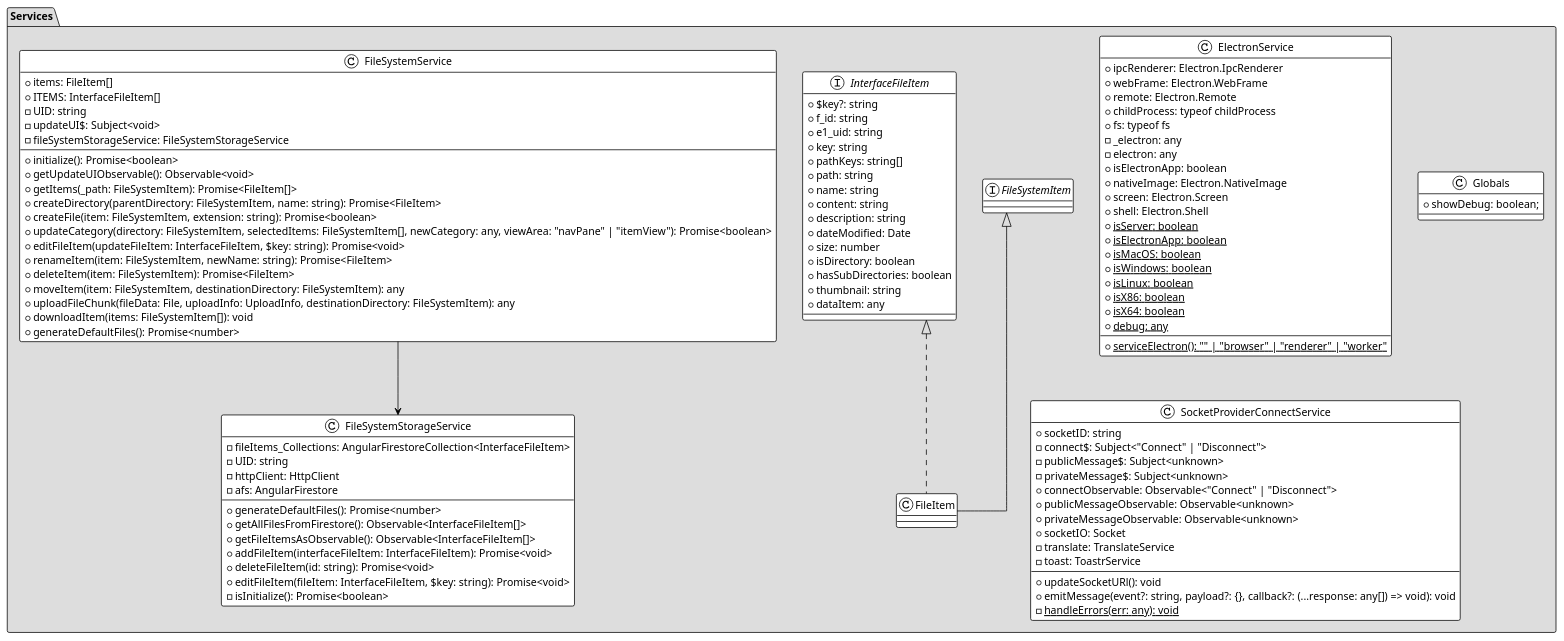
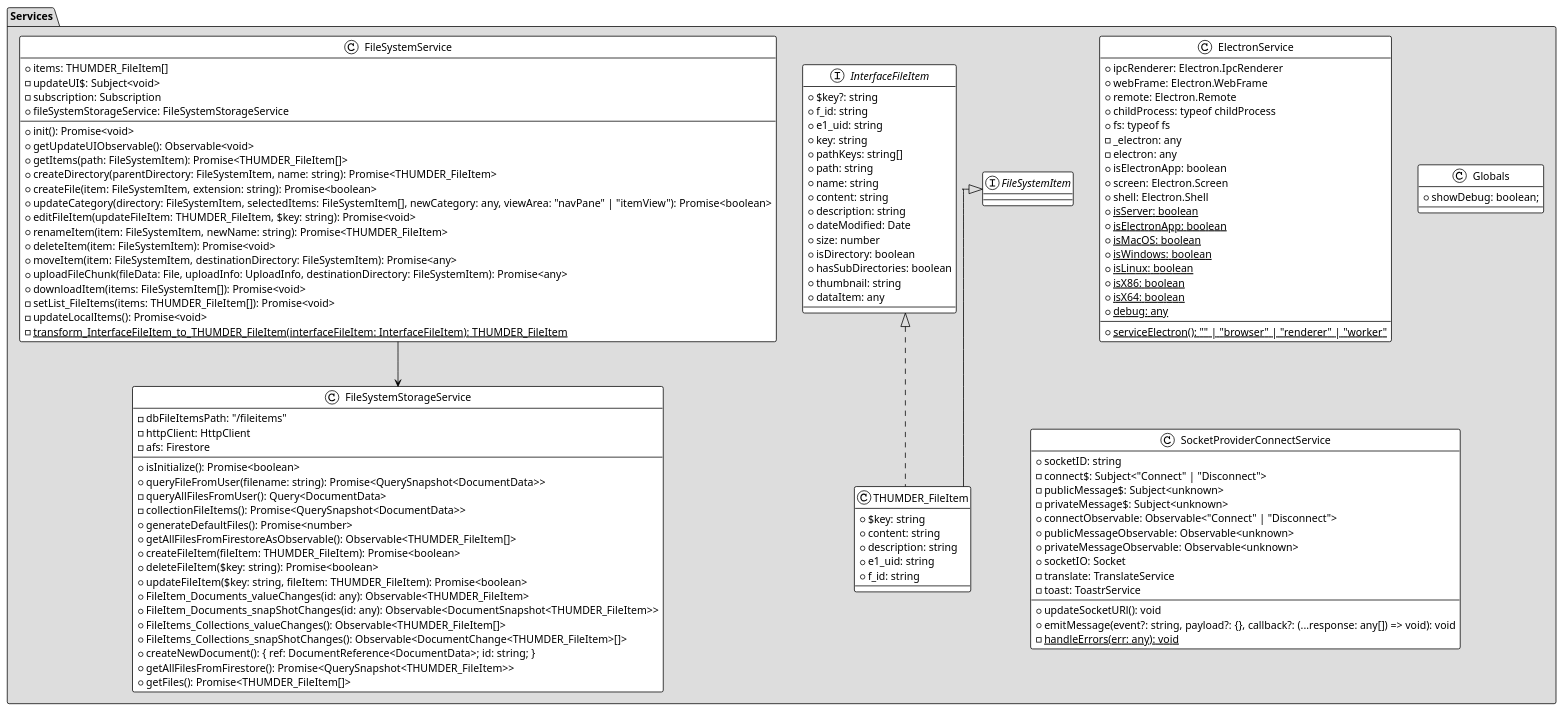
One commit to nonodev96/THUMDER changed the diagram in UML/THUMDER-core-Services.puml. Above: the diagram before and after it, drawn with PlantUML. The commit also changed 39 other files, not shown here.

First line of the commit message:
PlantUML Gantt with all project with svg and pdf generator.

```diff
--- a/UML/THUMDER-core-Services.puml
+++ b/UML/THUMDER-core-Services.puml
@@ -1,115 +1,129 @@
 @startuml
 !theme plain
 'hide class fields
 'hide class method
 'hide interface fields
 'hide interface method
 
 skinparam defaultFontName "JetBrains Mono"
 skinparam linetype ortho
 
 package Services #DDDDDD {
   class ElectronService {
     +ipcRenderer: Electron.IpcRenderer
     +webFrame: Electron.WebFrame
     +remote: Electron.Remote
     +childProcess: typeof childProcess
     +fs: typeof fs
     -_electron: any
     -electron: any
     +isElectronApp: boolean
-    +nativeImage: Electron.NativeImage
+    '+nativeImage: Electron.NativeImage
     +screen: Electron.Screen
     +shell: Electron.Shell
     +{static} serviceElectron(): "" | "browser" | "renderer" | "worker"
     +{static} isServer: boolean
     +{static} isElectronApp: boolean
     +{static} isMacOS: boolean
     +{static} isWindows: boolean
     +{static} isLinux: boolean
     +{static} isX86: boolean
     +{static} isX64: boolean
     +{static} debug: any
   }
   interface FileSystemItem {
   }
   interface InterfaceFileItem {
     +$key?: string
     +f_id: string
     +e1_uid: string
     +key: string
     +pathKeys: string[]
     +path: string
     +name: string
     +content: string
     +description: string
     +dateModified: Date
     +size: number
     +isDirectory: boolean
     +hasSubDirectories: boolean
     +thumbnail: string
     +dataItem: any
   }
-  class FileItem extends FileSystemItem implements InterfaceFileItem {
+  class THUMDER_FileItem extends FileSystemItem implements InterfaceFileItem {
+      +$key: string
+      +content: string
+      +description: string
+      +e1_uid: string
+      +f_id: string
   }
   class FileSystemService {
-    +items: FileItem[]
-    +ITEMS: InterfaceFileItem[]
-    -UID: string
-    -updateUI$: Subject<void>
-    -fileSystemStorageService: FileSystemStorageService
-    +initialize(): Promise<boolean>
-    +getUpdateUIObservable(): Observable<void>
-    +getItems(_path: FileSystemItem): Promise<FileItem[]>
-    +createDirectory(parentDirectory: FileSystemItem, name: string): Promise<FileItem>
-    +createFile(item: FileSystemItem, extension: string): Promise<boolean>
-    +updateCategory(directory: FileSystemItem, selectedItems: FileSystemItem[], newCategory: any, viewArea: "navPane" | "itemView"): Promise<boolean>
-    +editFileItem(updateFileItem: InterfaceFileItem, $key: string): Promise<void>
-    +renameItem(item: FileSystemItem, newName: string): Promise<FileItem>
-    +deleteItem(item: FileSystemItem): Promise<FileItem>
-    +moveItem(item: FileSystemItem, destinationDirectory: FileSystemItem): any
-    +uploadFileChunk(fileData: File, uploadInfo: UploadInfo, destinationDirectory: FileSystemItem): any
-    +downloadItem(items: FileSystemItem[]): void
-    +generateDefaultFiles(): Promise<number>
+      +items: THUMDER_FileItem[]
+      -updateUI$: Subject<void>
+      -subscription: Subscription
+      +fileSystemStorageService: FileSystemStorageService
+      +init(): Promise<void>
+      +getUpdateUIObservable(): Observable<void>
+      +getItems(path: FileSystemItem): Promise<THUMDER_FileItem[]>
+      +createDirectory(parentDirectory: FileSystemItem, name: string): Promise<THUMDER_FileItem>
+      +createFile(item: FileSystemItem, extension: string): Promise<boolean>
+      +updateCategory(directory: FileSystemItem, selectedItems: FileSystemItem[], newCategory: any, viewArea: "navPane" | "itemView"): Promise<boolean>
+      +editFileItem(updateFileItem: THUMDER_FileItem, $key: string): Promise<void>
+      +renameItem(item: FileSystemItem, newName: string): Promise<THUMDER_FileItem>
+      +deleteItem(item: FileSystemItem): Promise<void>
+      +moveItem(item: FileSystemItem, destinationDirectory: FileSystemItem): Promise<any>
+      +uploadFileChunk(fileData: File, uploadInfo: UploadInfo, destinationDirectory: FileSystemItem): Promise<any>
+      +downloadItem(items: FileSystemItem[]): Promise<void>
+      -setList_FileItems(items: THUMDER_FileItem[]): Promise<void>
+      -updateLocalItems(): Promise<void>
+      -{static} transform_InterfaceFileItem_to_THUMDER_FileItem(interfaceFileItem: InterfaceFileItem): THUMDER_FileItem
   }
   class FileSystemStorageService {
-    -fileItems_Collections: AngularFirestoreCollection<InterfaceFileItem>
-    -UID: string
-    -httpClient: HttpClient
-    -afs: AngularFirestore
-    +generateDefaultFiles(): Promise<number>
-    +getAllFilesFromFirestore(): Observable<InterfaceFileItem[]>
-    +getFileItemsAsObservable(): Observable<InterfaceFileItem[]>
-    +addFileItem(interfaceFileItem: InterfaceFileItem): Promise<void>
-    +deleteFileItem(id: string): Promise<void>
-    +editFileItem(fileItem: InterfaceFileItem, $key: string): Promise<void>
-    -isInitialize(): Promise<boolean>
+      -dbFileItemsPath: "/fileitems"
+      -httpClient: HttpClient
+      -afs: Firestore
+      +isInitialize(): Promise<boolean>
+      +queryFileFromUser(filename: string): Promise<QuerySnapshot<DocumentData>>
+      -queryAllFilesFromUser(): Query<DocumentData>
+      -collectionFileItems(): Promise<QuerySnapshot<DocumentData>>
+      +generateDefaultFiles(): Promise<number>
+      +getAllFilesFromFirestoreAsObservable(): Observable<THUMDER_FileItem[]>
+      +createFileItem(fileItem: THUMDER_FileItem): Promise<boolean>
+      +deleteFileItem($key: string): Promise<boolean>
+      +updateFileItem($key: string, fileItem: THUMDER_FileItem): Promise<boolean>
+      +FileItem_Documents_valueChanges(id: any): Observable<THUMDER_FileItem>
+      +FileItem_Documents_snapShotChanges(id: any): Observable<DocumentSnapshot<THUMDER_FileItem>>
+      +FileItems_Collections_valueChanges(): Observable<THUMDER_FileItem[]>
+      +FileItems_Collections_snapShotChanges(): Observable<DocumentChange<THUMDER_FileItem>[]>
+      +createNewDocument(): { ref: DocumentReference<DocumentData>; id: string; }
+      +getAllFilesFromFirestore(): Promise<QuerySnapshot<THUMDER_FileItem>>
+      +getFiles(): Promise<THUMDER_FileItem[]>
   }
 
   class Globals {
     +showDebug: boolean;
   }
 
   class SocketProviderConnectService {
     +socketID: string
     -connect$: Subject<"Connect" | "Disconnect">
     -publicMessage$: Subject<unknown>
     -privateMessage$: Subject<unknown>
     +connectObservable: Observable<"Connect" | "Disconnect">
     +publicMessageObservable: Observable<unknown>
     +privateMessageObservable: Observable<unknown>
     +socketIO: Socket
     -translate: TranslateService
     -toast: ToastrService
     +updateSocketURl(): void
     +emitMessage(event?: string, payload?: {}, callback?: (...response: any[]) => void): void
     -{static} handleErrors(err: any): void
   }
 
   FileSystemService --> FileSystemStorageService
 '  ElectronService -[hidden]- FileSystemService
 '  FileSystemStorageService -[hidden]- Globals
 '  Globals -[hidden]- SocketProviderConnectService
 }
 
 @enduml
```
